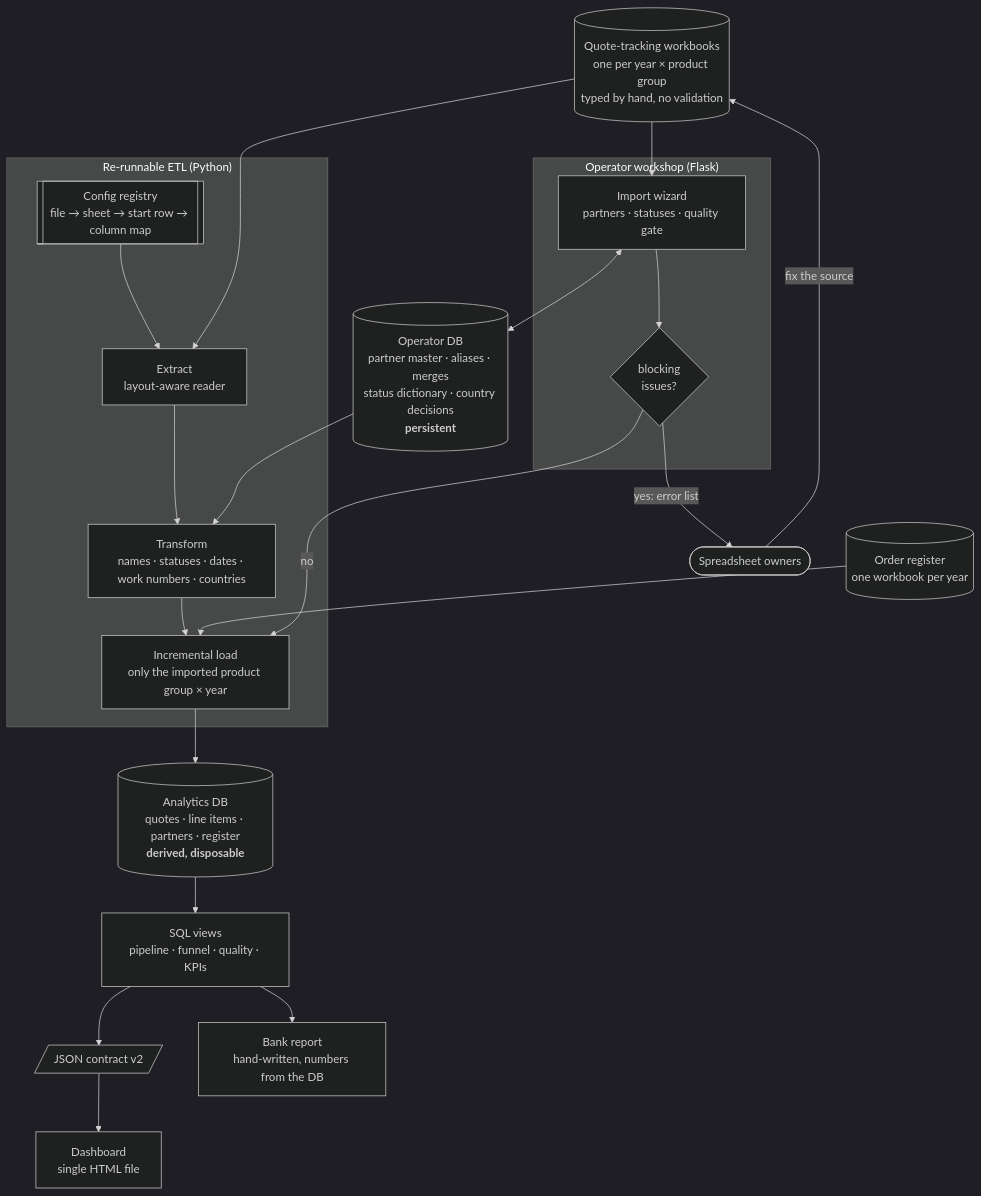
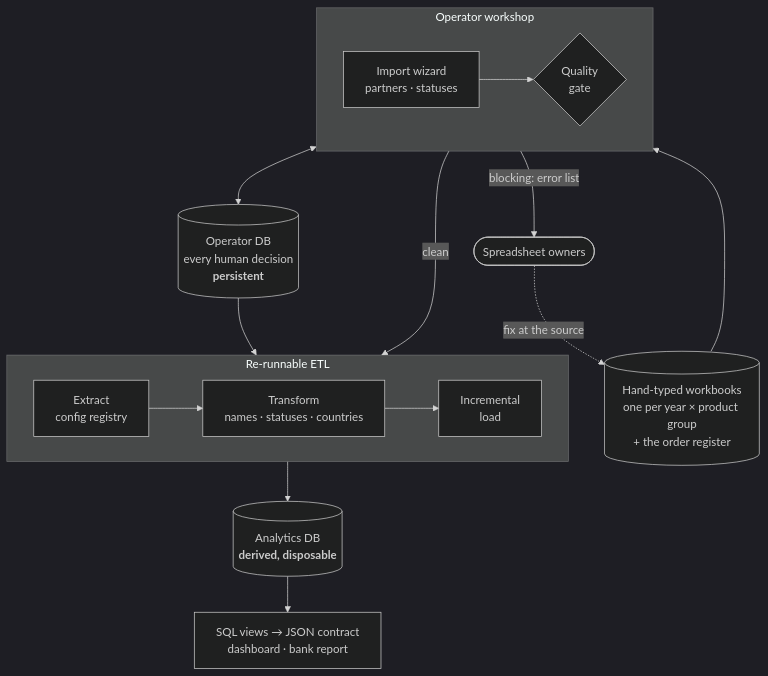
Before and after one commit to krisztianpettner/sales-data-etl-case-study: the diagram in docs/en/00-at-a-glance.md, drawn with Mermaid (dark theme). The commit also changed 1 other file, not shown here.

Commit message:
docs: compact the at-a-glance diagram

````diff
--- a/docs/en/00-at-a-glance.md
+++ b/docs/en/00-at-a-glance.md
@@ -7,38 +7,27 @@
 ```mermaid
 flowchart TB
-    XL[(Quote-tracking workbooks<br/>one per year × product group<br/>typed by hand, no validation)]
-    REG[(Order register<br/>one workbook per year)]
+    SRC[(Hand-typed workbooks<br/>one per year × product group<br/>+ the order register)]
+    OWN([Spreadsheet owners])
 
-    subgraph ETL["Re-runnable ETL (Python)"]
-        CFG[[Config registry<br/>file → sheet → start row → column map]]
-        EX[Extract<br/>layout-aware reader]
-        TR[Transform<br/>names · statuses · dates · work numbers · countries]
-        LD[Incremental load<br/>only the imported product group × year]
-        CFG --> EX --> TR --> LD
+    subgraph OPS["Operator workshop"]
+        direction LR
+        WIZ[Import wizard<br/>partners · statuses] --> GATE{Quality<br/>gate}
     end
 
-    subgraph OPS["Operator workshop (Flask)"]
-        WIZ[Import wizard<br/>partners · statuses · quality gate]
-        GATE{blocking<br/>issues?}
-        WIZ --> GATE
+    subgraph ETL["Re-runnable ETL"]
+        direction LR
+        EX[Extract<br/>config registry] --> TR[Transform<br/>names · statuses · countries] --> LD[Incremental<br/>load]
     end
 
-    ODB[(Operator DB<br/>partner master · aliases · merges<br/>status dictionary · country decisions<br/><b>persistent</b>)]
-    DDB[(Analytics DB<br/>quotes · line items · partners · register<br/><b>derived, disposable</b>)]
-    V[SQL views<br/>pipeline · funnel · quality · KPIs]
-    J[/JSON contract v2/]
-    OUT1[Dashboard<br/>single HTML file]
-    OUT2[Bank report<br/>hand-written, numbers from the DB]
-    OWN([Spreadsheet owners])
+    ODB[(Operator DB<br/>every human decision<br/><b>persistent</b>)]
+    DDB[(Analytics DB<br/><b>derived, disposable</b>)]
+    OUT[SQL views → JSON contract<br/>dashboard · bank report]
 
-    XL --> EX
-    REG --> LD
-    XL --> WIZ
+    SRC --> WIZ
+    GATE -->|blocking: error list| OWN
+    OWN -.->|fix at the source| SRC
+    GATE -->|clean| EX
     WIZ <--> ODB
     ODB --> TR
-    GATE -->|yes: error list| OWN
-    OWN -->|fix the source| XL
-    GATE -->|no| LD
-    LD --> DDB --> V --> J --> OUT1
-    V --> OUT2
+    LD --> DDB --> OUT
 ```
````
